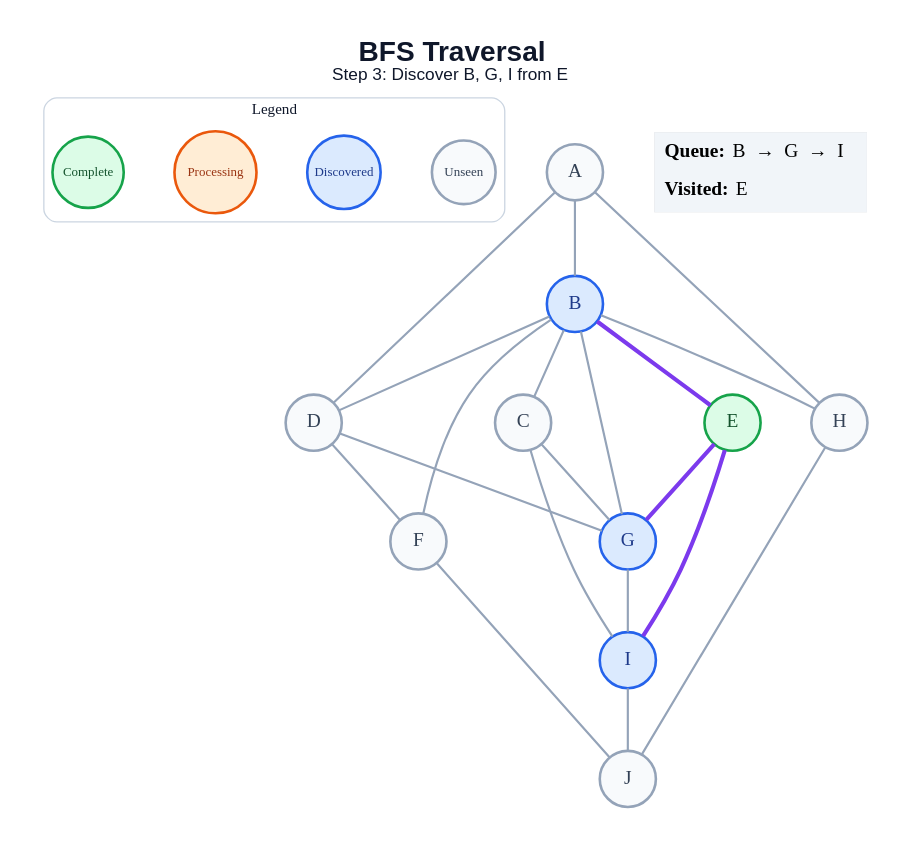
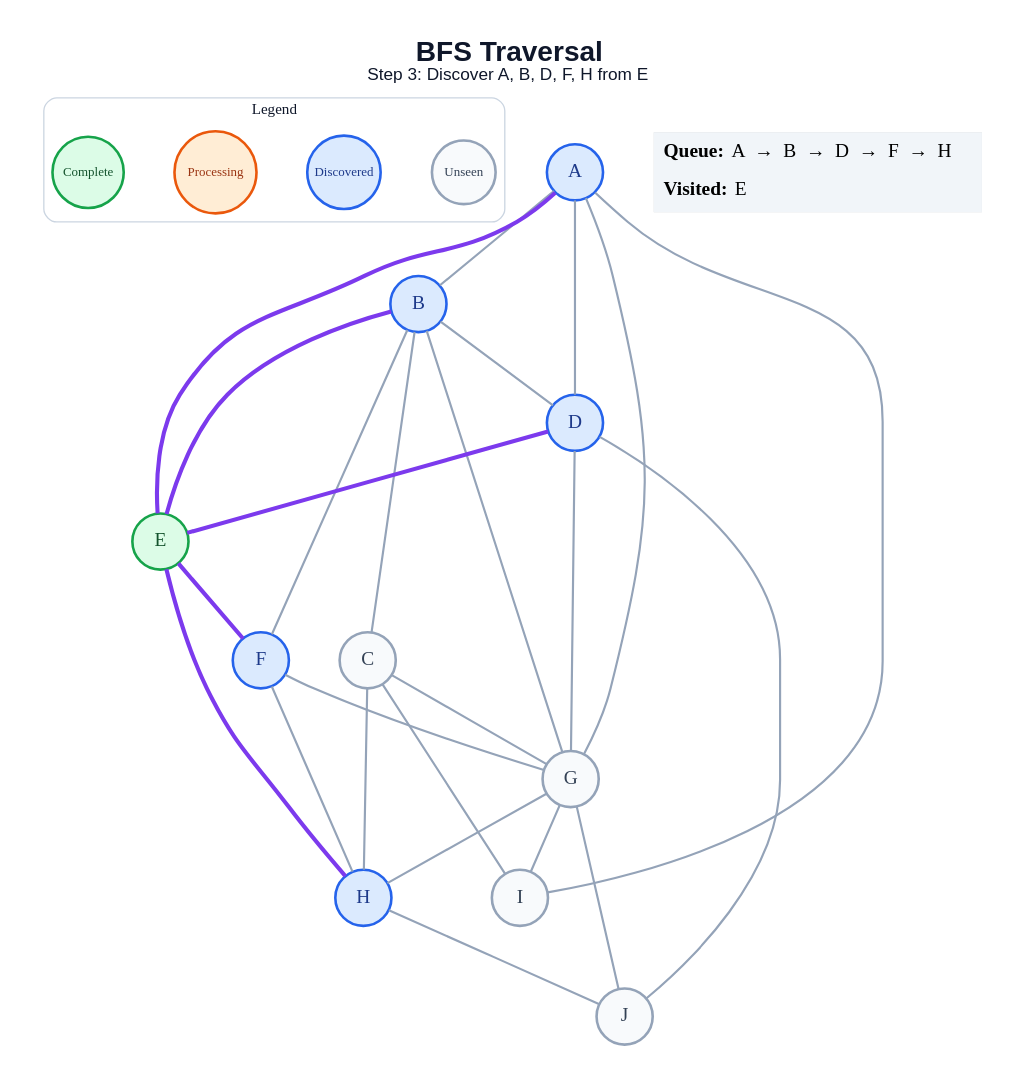
The diagram in generated/specific-node/bfs/step_03.dot (amanghodawala9/ai-slop), drawn with Graphviz before and after one commit. The commit also changed 178 other files, not shown here.

```diff
--- a/generated/specific-node/bfs/step_03.dot
+++ b/generated/specific-node/bfs/step_03.dot
@@ -1,48 +1,53 @@
 graph traversal {
   graph [layout=dot, rankdir=TB, bgcolor="#FFFFFF", pad="0.35", nodesep="0.65", ranksep="0.8", fontname="Arial"];
   node [shape=circle, style="filled", fontname="Arial Bold", fontsize=18, width=0.72, fixedsize=true, penwidth=2.4];
   edge [color="#94A3B8", penwidth=2.0];
-  label=<<B>BFS Traversal</B><BR/><FONT POINT-SIZE="16">Step 3: Discover B, G, I from E</FONT>>; labelloc="t"; fontsize=26; fontname="Arial"; fontcolor="#0F172A";
+  label=<<B>BFS Traversal</B><BR/><FONT POINT-SIZE="16">Step 3: Discover A, B, D, F, H from E</FONT>>; labelloc="t"; fontsize=26; fontname="Arial"; fontcolor="#0F172A";
   subgraph cluster_legend { label="Legend"; color="#CBD5E1"; penwidth=1.2; style="rounded"; fontsize=14; fontname="Arial Bold";
     key_unseen [label="Unseen", fillcolor="#F8FAFC", color="#94A3B8", fontcolor="#334155", fontsize=12, width=0.82];
     key_frontier [label="Discovered", fillcolor="#DBEAFE", color="#2563EB", fontcolor="#1E3A8A", fontsize=12, width=0.95];
     key_current [label="Processing", fillcolor="#FFEDD5", color="#EA580C", fontcolor="#9A3412", fontsize=12, width=1.05];
     key_done [label="Complete", fillcolor="#DCFCE7", color="#16A34A", fontcolor="#14532D", fontsize=12, width=0.92];
     { rank=same; key_unseen; key_frontier; key_current; key_done; }
   }
-  A [fillcolor="#F8FAFC", color="#94A3B8", fontcolor="#334155"];
+  A [fillcolor="#DBEAFE", color="#2563EB", fontcolor="#1E3A8A"];
   B [fillcolor="#DBEAFE", color="#2563EB", fontcolor="#1E3A8A"];
   C [fillcolor="#F8FAFC", color="#94A3B8", fontcolor="#334155"];
-  D [fillcolor="#F8FAFC", color="#94A3B8", fontcolor="#334155"];
+  D [fillcolor="#DBEAFE", color="#2563EB", fontcolor="#1E3A8A"];
   E [fillcolor="#DCFCE7", color="#16A34A", fontcolor="#14532D"];
-  F [fillcolor="#F8FAFC", color="#94A3B8", fontcolor="#334155"];
-  G [fillcolor="#DBEAFE", color="#2563EB", fontcolor="#1E3A8A"];
-  H [fillcolor="#F8FAFC", color="#94A3B8", fontcolor="#334155"];
-  I [fillcolor="#DBEAFE", color="#2563EB", fontcolor="#1E3A8A"];
+  F [fillcolor="#DBEAFE", color="#2563EB", fontcolor="#1E3A8A"];
+  G [fillcolor="#F8FAFC", color="#94A3B8", fontcolor="#334155"];
+  H [fillcolor="#DBEAFE", color="#2563EB", fontcolor="#1E3A8A"];
+  I [fillcolor="#F8FAFC", color="#94A3B8", fontcolor="#334155"];
   J [fillcolor="#F8FAFC", color="#94A3B8", fontcolor="#334155"];
   A -- B;
   A -- D;
-  A -- H;
+  A -- E [color="#7C3AED", penwidth=3.8];
+  A -- G;
+  A -- I;
   B -- C;
   B -- D;
   B -- E [color="#7C3AED", penwidth=3.8];
   B -- F;
   B -- G;
-  B -- H;
   C -- G;
+  C -- H;
   C -- I;
-  D -- F;
+  D -- E [color="#7C3AED", penwidth=3.8];
   D -- G;
-  E -- G [color="#7C3AED", penwidth=3.8];
-  E -- I [color="#7C3AED", penwidth=3.8];
-  F -- J;
+  D -- J;
+  E -- F [color="#7C3AED", penwidth=3.8];
+  E -- H [color="#7C3AED", penwidth=3.8];
+  F -- G;
+  F -- H;
+  G -- H;
   G -- I;
+  G -- J;
   H -- J;
-  I -- J;
   status [shape=plain, fixedsize=false, width=0, height=0, margin=0, label=<
     <TABLE BORDER="0" CELLBORDER="0" CELLPADDING="7" BGCOLOR="#F1F5F9">
-      <TR><TD ALIGN="LEFT"><B>Queue:</B> B  →  G  →  I</TD></TR>
+      <TR><TD ALIGN="LEFT"><B>Queue:</B> A  →  B  →  D  →  F  →  H</TD></TR>
       <TR><TD ALIGN="LEFT"><B>Visited:</B> E</TD></TR>
     </TABLE>
   >];
 }
```
